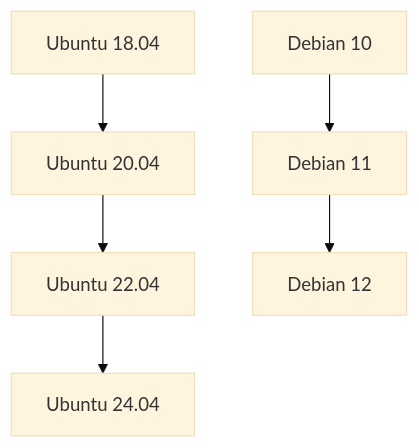
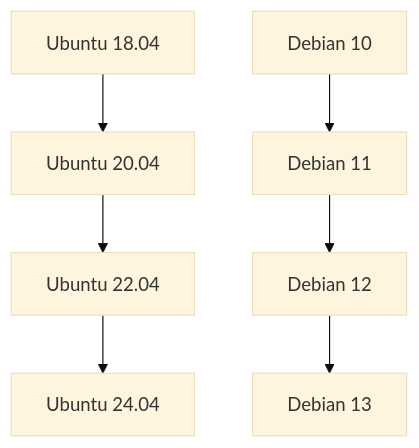
One commit to lfrleite/lfrleite.github.io changed the first of 2 diagrams in _posts/2026/2026-04-24-upgrade-in-place-linux-azure-vm.md. Above: the diagram before and after it, drawn with Mermaid (base theme).

Commit message:
Artigo - Upgrade In-Place: Linux Ubuntu e Debian

````diff
--- a/_posts/2026/2026-04-24-upgrade-in-place-linux-azure-vm.md
+++ b/_posts/2026/2026-04-24-upgrade-in-place-linux-azure-vm.md
@@ -36,9 +36,10 @@
 ```mermaid
 flowchart TD
     A[Ubuntu 18.04] --> B[Ubuntu 20.04]
     B --> C[Ubuntu 22.04]
     C --> D[Ubuntu 24.04]
 
     E[Debian 10] --> F[Debian 11]
     F --> H[Debian 12]
+    H --> G[Debian 13]
 ```
````
